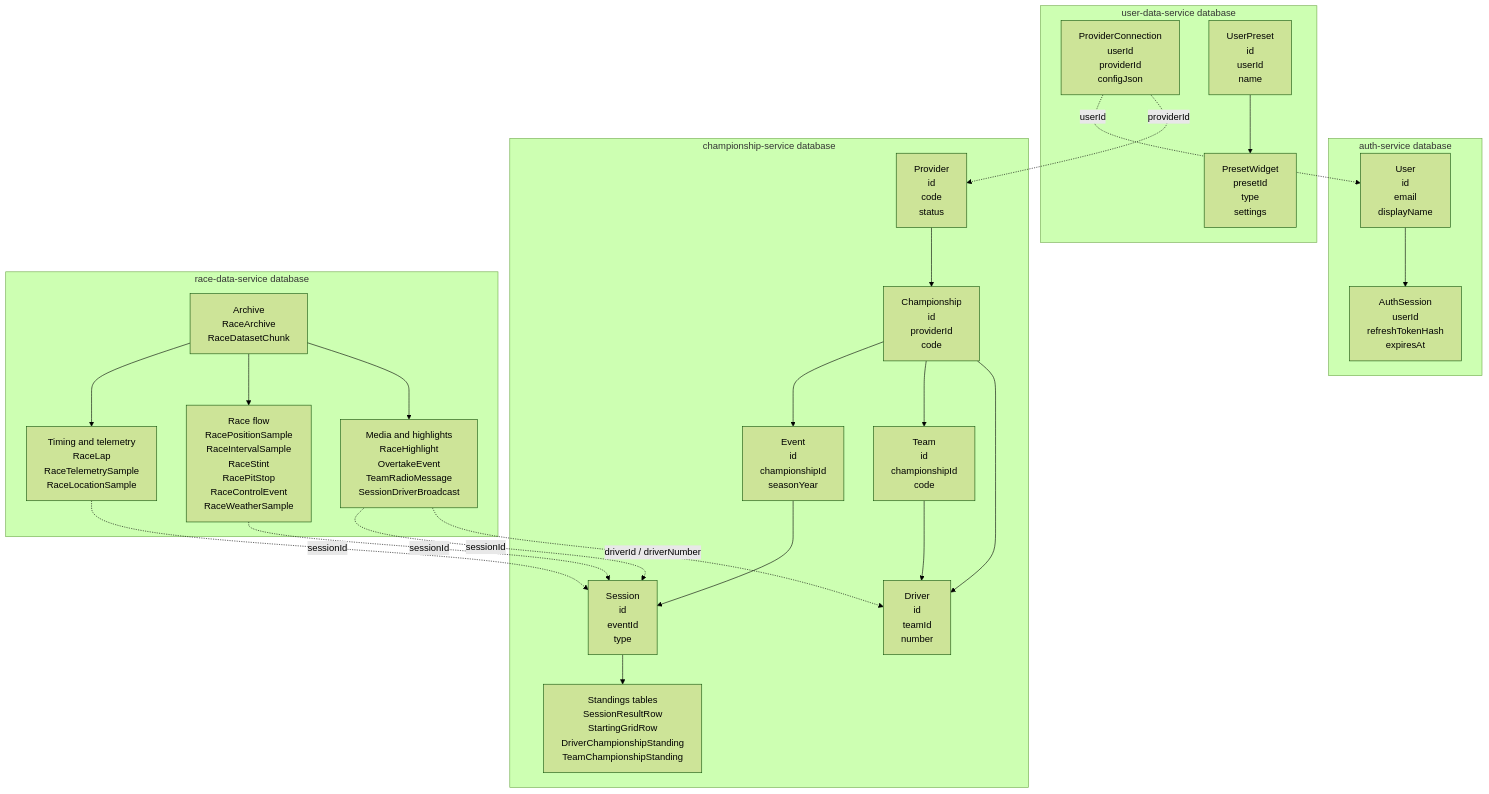
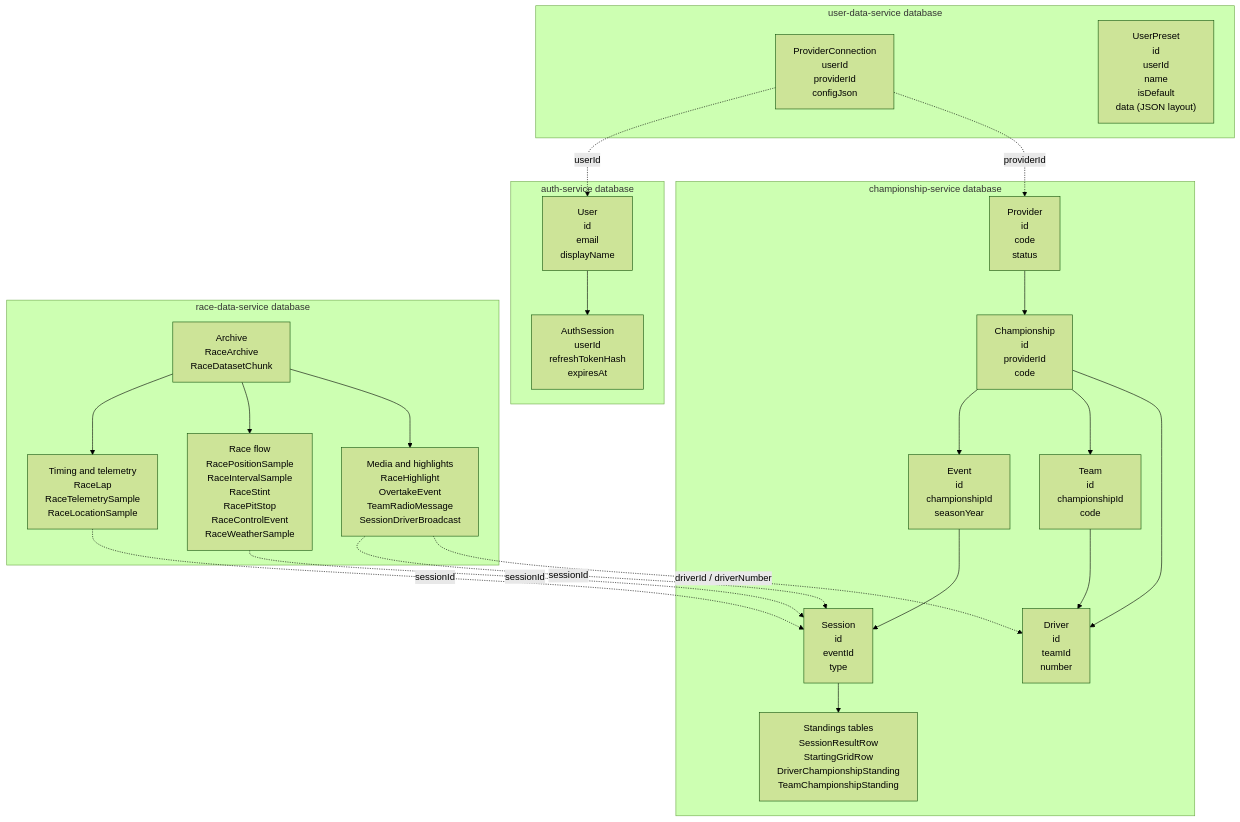
One commit to OverDrive-Motorsports/OD_Backend changed the diagram in docs/database-diagram.mmd. Above: the diagram before and after it, drawn with Mermaid (forest theme). The commit also changed 44 other files, not shown here.

Commit message:
feat(user-data): add per-user layout presets with JWT authentication

```diff
--- a/docs/database-diagram.mmd
+++ b/docs/database-diagram.mmd
@@ -1,99 +1,96 @@
 flowchart TB
     subgraph AUTH_DB["auth-service database"]
         AUTH_USER["User
 id
 email
 displayName"]
         AUTH_SESSION["AuthSession
 userId
 refreshTokenHash
 expiresAt"]
         AUTH_USER --> AUTH_SESSION
     end
 
     subgraph USER_DATA_DB["user-data-service database"]
         UDS_CONNECTION["ProviderConnection
 userId
 providerId
 configJson"]
         UDS_PRESET["UserPreset
 id
 userId
-name"]
-        UDS_WIDGET["PresetWidget
-presetId
-type
-settings"]
-        UDS_PRESET --> UDS_WIDGET
+name
+isDefault
+data (JSON layout)"]
     end
 
     subgraph CHAMPIONSHIP_DB["championship-service database"]
         CH_PROVIDER["Provider
 id
 code
 status"]
         CH_CHAMP["Championship
 id
 providerId
 code"]
         CH_EVENT["Event
 id
 championshipId
 seasonYear"]
         CH_SESSION["Session
 id
 eventId
 type"]
         CH_TEAM["Team
 id
 championshipId
 code"]
         CH_DRIVER["Driver
 id
 teamId
 number"]
         CH_STANDINGS["Standings tables
 SessionResultRow
 StartingGridRow
 DriverChampionshipStanding
 TeamChampionshipStanding"]
         CH_PROVIDER --> CH_CHAMP
         CH_CHAMP --> CH_EVENT
         CH_CHAMP --> CH_TEAM
         CH_CHAMP --> CH_DRIVER
         CH_EVENT --> CH_SESSION
         CH_TEAM --> CH_DRIVER
         CH_SESSION --> CH_STANDINGS
     end
 
     subgraph RACE_DATA_DB["race-data-service database"]
         RD_TIMING["Timing and telemetry
 RaceLap
 RaceTelemetrySample
 RaceLocationSample"]
         RD_FLOW["Race flow
 RacePositionSample
 RaceIntervalSample
 RaceStint
 RacePitStop
 RaceControlEvent
 RaceWeatherSample"]
         RD_MEDIA["Media and highlights
 RaceHighlight
 OvertakeEvent
 TeamRadioMessage
 SessionDriverBroadcast"]
         RD_ARCHIVE["Archive
 RaceArchive
 RaceDatasetChunk"]
         RD_ARCHIVE --> RD_TIMING
         RD_ARCHIVE --> RD_FLOW
         RD_ARCHIVE --> RD_MEDIA
     end
 
     UDS_CONNECTION -. "userId" .-> AUTH_USER
     UDS_CONNECTION -. "providerId" .-> CH_PROVIDER
     RD_TIMING -. "sessionId" .-> CH_SESSION
     RD_FLOW -. "sessionId" .-> CH_SESSION
     RD_MEDIA -. "sessionId" .-> CH_SESSION
     RD_MEDIA -. "driverId / driverNumber" .-> CH_DRIVER
```
